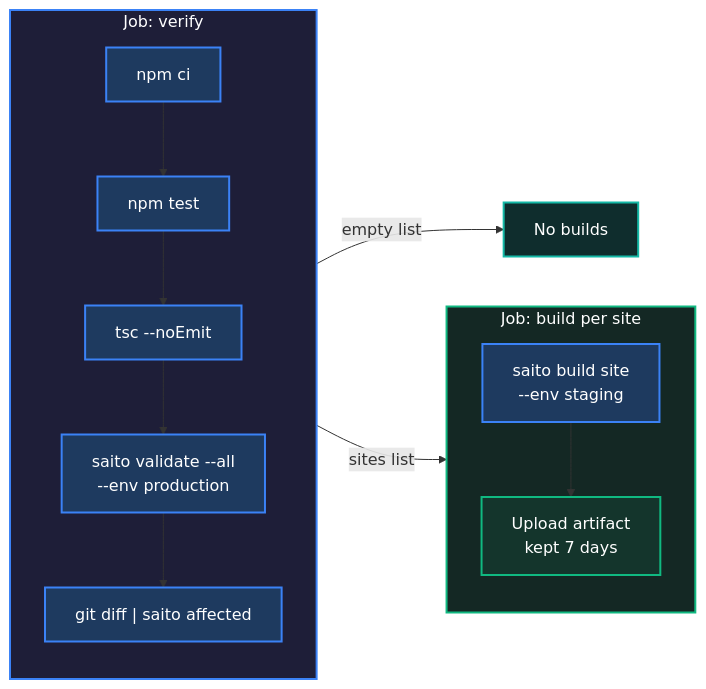
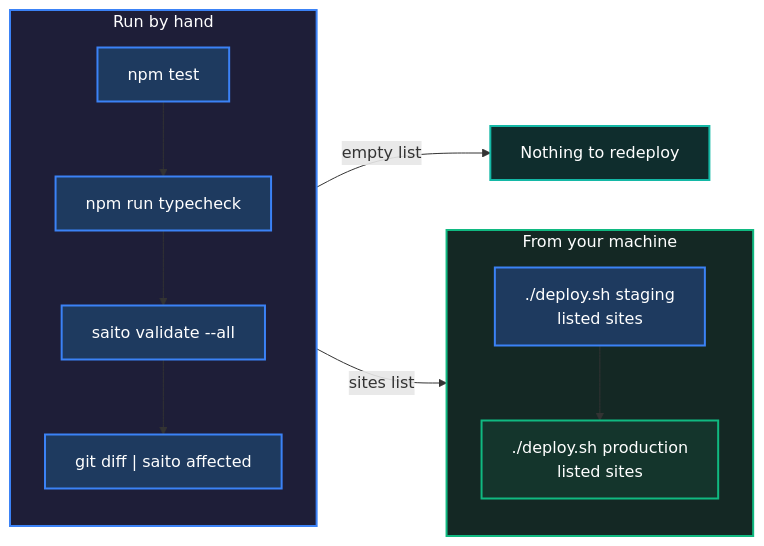
One commit to Gualtix/saito-builder changed diagram 15 of 21 in README.md. Above: the diagram before and after it, drawn with Mermaid. The commit also changed other lines of this file and 9 other files, not shown here.

````diff
--- a/README.md
+++ b/README.md
@@ -649,26 +666,26 @@
 ```mermaid
 flowchart LR
   classDef blue  fill:#1e3a5f,stroke:#3b82f6,stroke-width:2px,color:#ffffff,filter:none
   classDef green fill:#14352c,stroke:#10b981,stroke-width:2px,color:#ffffff,filter:none
   classDef red   fill:#3b1a1a,stroke:#ef4444,stroke-width:2px,color:#ffffff,filter:none
   classDef teal  fill:#0f2d2d,stroke:#14b8a6,stroke-width:2px,color:#ffffff,filter:none
   classDef gray  fill:#1f1f1f,stroke:#6b7280,stroke-width:2px,color:#ffffff,filter:none
 
-  subgraph Verify["Job: verify"]
+  subgraph Verify["Run by hand"]
     direction TB
-    V1["npm ci"] --> V2["npm test"] --> V3["tsc --noEmit"] --> V4["saito validate --all<br>--env production"] --> V5["git diff | saito affected"]
+    V1["npm test"] --> V2["npm run typecheck"] --> V3["saito validate --all"] --> V4["git diff | saito affected"]
   end
-  subgraph Matrix["Job: build per site"]
+  subgraph Ship["From your machine"]
     direction TB
-    B1["saito build site<br>--env staging"] --> B2["Upload artifact<br>kept 7 days"]
+    B1["./deploy.sh staging<br>listed sites"] --> B2["./deploy.sh production<br>listed sites"]
   end
-  V5 -->|"sites list"| B1
-  V5 -->|"empty list"| Skip["No builds"]
+  V4 -->|"sites list"| B1
+  V4 -->|"empty list"| Skip["Nothing to redeploy"]
 
-  class V1,V2,V3,V4,V5 blue
+  class V1,V2,V3,V4 blue
   class B1 blue
   class B2 green
   class Skip teal
   style Verify fill:#1e1e38,stroke:#3b82f6,stroke-width:2px,color:#ffffff,filter:none
-  style Matrix fill:#142824,stroke:#10b981,stroke-width:2px,color:#ffffff,filter:none
+  style Ship fill:#142824,stroke:#10b981,stroke-width:2px,color:#ffffff,filter:none
 ```
````
